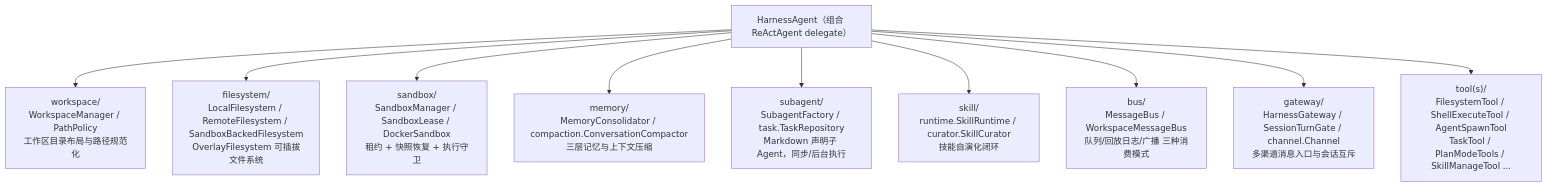
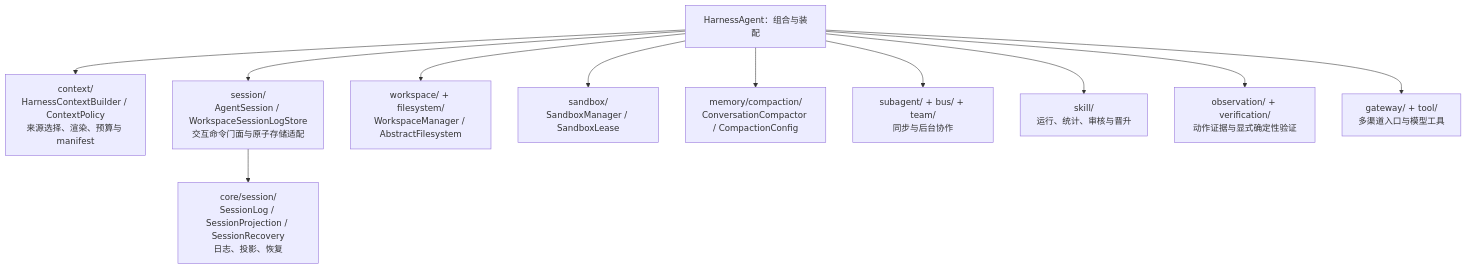
One commit to liulangjietou/AgentScope-source-analysis changed the second of 4 diagrams in 07-Harness工程化外壳.md. Above: the diagram before and after it, drawn with Mermaid. The commit also changed other lines of this file and 13 other files, not shown here.

Commit message:
docs: align source guide and diagrams with main dcb131a3

````diff
--- a/07-Harness工程化外壳.md
+++ b/07-Harness工程化外壳.md
@@ -61,13 +50,14 @@
 ```mermaid
 flowchart TB
-    HA["HarnessAgent（组合 ReActAgent delegate）"]
-    HA --> WS["workspace/<br/>WorkspaceManager / PathPolicy<br/>工作区目录布局与路径规范化"]
-    HA --> FS["filesystem/<br/>LocalFilesystem / RemoteFilesystem / SandboxBackedFilesystem<br/>OverlayFilesystem 可插拔文件系统"]
-    HA --> SB["sandbox/<br/>SandboxManager / SandboxLease / DockerSandbox<br/>租约 + 快照恢复 + 执行守卫"]
-    HA --> MEM["memory/<br/>MemoryConsolidator / compaction.ConversationCompactor<br/>三层记忆与上下文压缩"]
-    HA --> SUB["subagent/<br/>SubagentFactory / task.TaskRepository<br/>Markdown 声明子 Agent，同步/后台执行"]
-    HA --> SK["skill/<br/>runtime.SkillRuntime / curator.SkillCurator<br/>技能自演化闭环"]
-    HA --> BUS["bus/<br/>MessageBus / WorkspaceMessageBus<br/>队列/回放日志/广播 三种消费模式"]
-    HA --> GW["gateway/<br/>HarnessGateway / SessionTurnGate / channel.Channel<br/>多渠道消息入口与会话互斥"]
-    HA --> TOOLS["tool(s)/<br/>FilesystemTool / ShellExecuteTool / AgentSpawnTool<br/>TaskTool / PlanModeTools / SkillManageTool ..."]
+    HA["HarnessAgent：组合与装配"]
+    HA --> CT["context/<br/>HarnessContextBuilder / ContextPolicy<br/>来源选择、渲染、预算与 manifest"]
+    HA --> SE["session/<br/>AgentSession / WorkspaceSessionLogStore<br/>交互命令门面与原子存储适配"]
+    SE --> CS["core/session/<br/>SessionLog / SessionProjection / SessionRecovery<br/>日志、投影、恢复"]
+    HA --> WS["workspace/ + filesystem/<br/>WorkspaceManager / AbstractFilesystem"]
+    HA --> SB["sandbox/<br/>SandboxManager / SandboxLease"]
+    HA --> MEM["memory/compaction/<br/>ConversationCompactor / CompactionConfig"]
+    HA --> SUB["subagent/ + bus/ + team/<br/>同步与后台协作"]
+    HA --> SK["skill/<br/>运行、统计、审核与晋升"]
+    HA --> OV["observation/ + verification/<br/>动作证据与显式确定性验证"]
+    HA --> GW["gateway/ + tool/<br/>多渠道入口与模型工具"]
 ```
````
